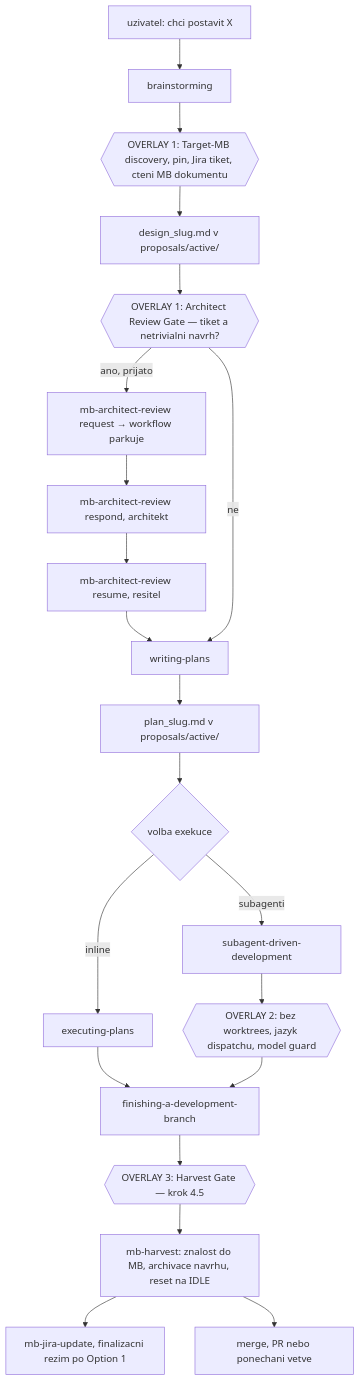
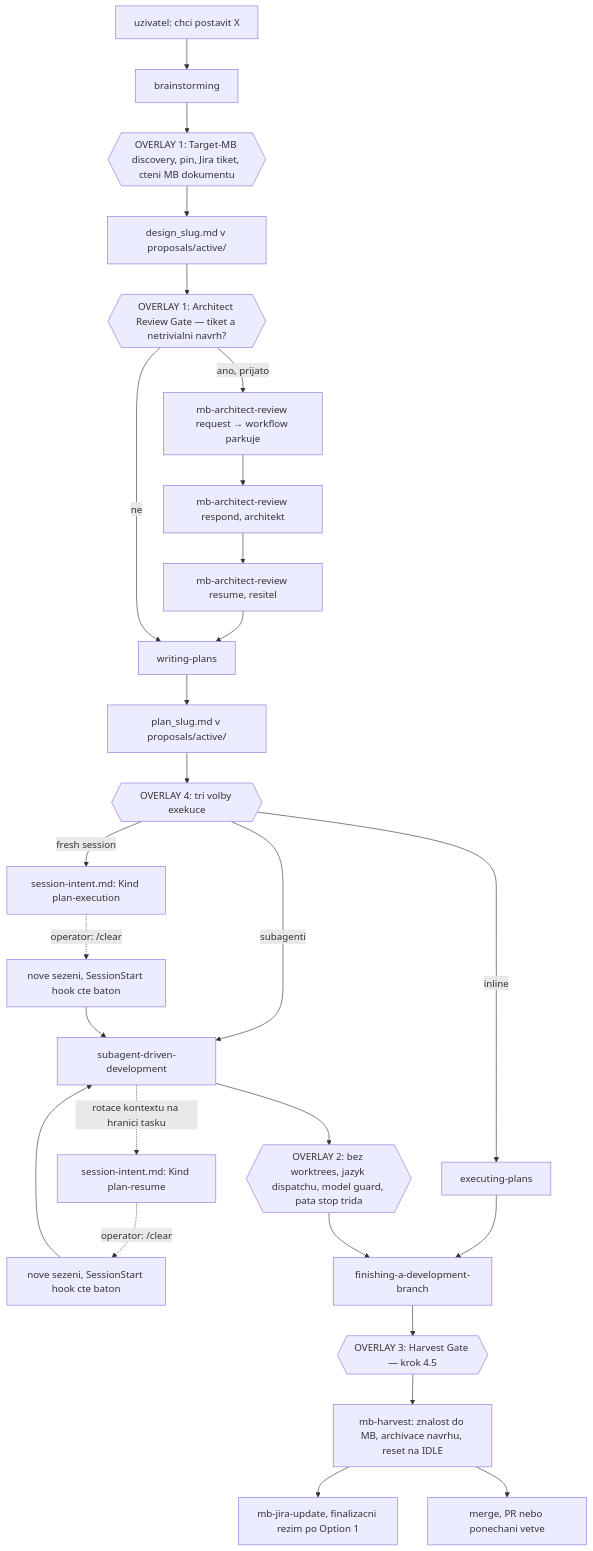
One commit to janmatejka/superpowers changed the second of 5 diagrams in memory-bank/architecture.md. Above: the diagram before and after it, drawn with Mermaid. The commit also changed other lines of this file and 7 other files, not shown here.

````diff
--- a/memory-bank/architecture.md
+++ b/memory-bank/architecture.md
@@ -58,23 +58,29 @@
 ```mermaid
 flowchart TD
     START["uzivatel: chci postavit X"] --> BS["brainstorming"]
     BS --> O1{{"OVERLAY 1: Target-MB discovery, pin, Jira tiket, cteni MB dokumentu"}}
     O1 --> DES["design_slug.md v proposals/active/"]
     DES --> GATE{{"OVERLAY 1: Architect Review Gate — tiket a netrivialni navrh?"}}
     GATE -->|ano, prijato| AR["mb-architect-review request → workflow parkuje"]
     AR --> ARR["mb-architect-review respond, architekt"]
     ARR --> ARS["mb-architect-review resume, resitel"]
     ARS --> WP["writing-plans"]
     GATE -->|ne| WP
     WP --> PLAN["plan_slug.md v proposals/active/"]
-    PLAN --> EXEC{"volba exekuce"}
-    EXEC -->|subagenti| SDD["subagent-driven-development"]
-    EXEC -->|inline| EP["executing-plans"]
-    SDD --> O2{{"OVERLAY 2: bez worktrees, jazyk dispatchu, model guard"}}
+    PLAN --> O4{{"OVERLAY 4: tri volby exekuce"}}
+    O4 -->|subagenti| SDD["subagent-driven-development"]
+    O4 -->|inline| EP["executing-plans"]
+    O4 -->|fresh session| BAT1["session-intent.md: Kind plan-execution"]
+    BAT1 -.->|operator: /clear| NEW1["nove sezeni, SessionStart hook cte baton"]
+    NEW1 --> SDD
+    SDD --> O2{{"OVERLAY 2: bez worktrees, jazyk dispatchu, model guard, pata stop trida"}}
+    SDD -.->|rotace kontextu na hranici tasku| BAT2["session-intent.md: Kind plan-resume"]
+    BAT2 -.->|operator: /clear| NEW2["nove sezeni, SessionStart hook cte baton"]
+    NEW2 --> SDD
     EP --> FIN["finishing-a-development-branch"]
     O2 --> FIN
     FIN --> O3{{"OVERLAY 3: Harvest Gate — krok 4.5"}}
     O3 --> HARV["mb-harvest: znalost do MB, archivace navrhu, reset na IDLE"]
     HARV --> JIRA["mb-jira-update, finalizacni rezim po Option 1"]
     HARV --> DONE["merge, PR nebo ponechani vetve"]
 ```
````
